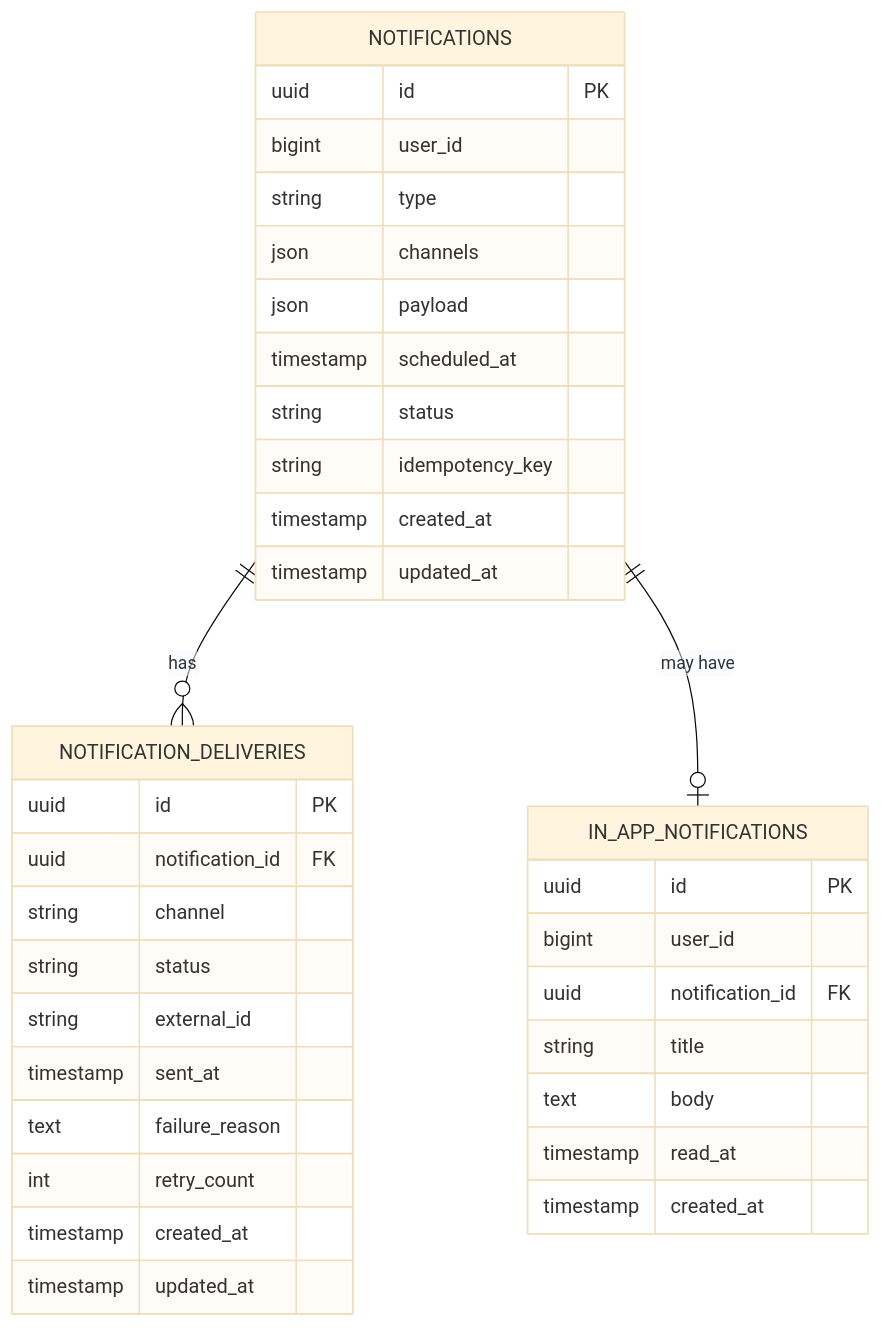
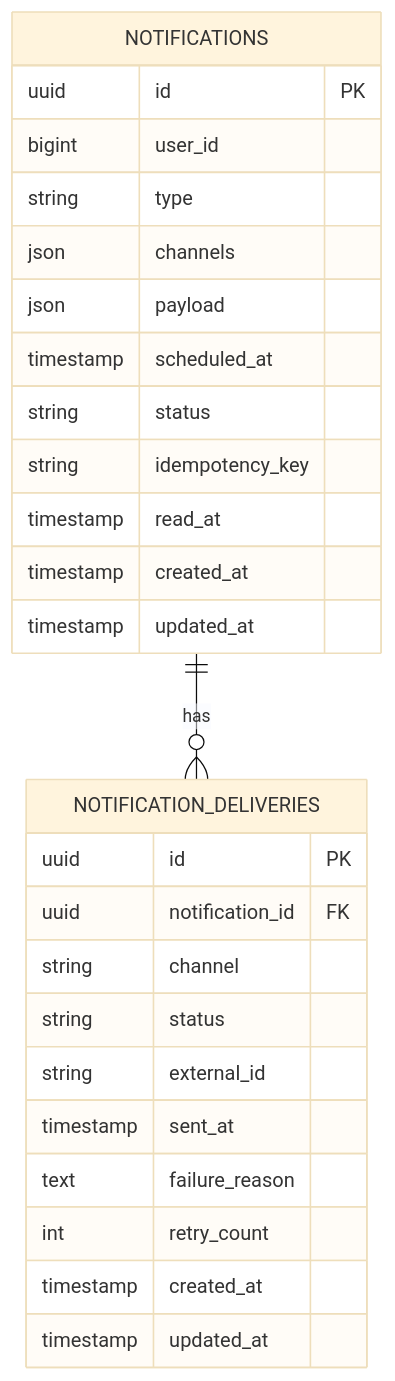
One commit to ZachroyAnazfitry/task-manager changed the second of 2 diagrams in SYSTEM_DESIGN.md. Above: the diagram before and after it, drawn with Mermaid (base theme). The commit also changed other lines of this file, not shown here.

````diff
--- a/SYSTEM_DESIGN.md
+++ b/SYSTEM_DESIGN.md
@@ -93,41 +93,31 @@
 ```mermaid
 erDiagram
     NOTIFICATIONS ||--o{ NOTIFICATION_DELIVERIES : "has"
-    NOTIFICATIONS ||--o| IN_APP_NOTIFICATIONS : "may have"
 
     NOTIFICATIONS {
         uuid id PK
         bigint user_id
         string type
         json channels
         json payload
         timestamp scheduled_at
         string status
         string idempotency_key
+        timestamp read_at
         timestamp created_at
         timestamp updated_at
     }
 
     NOTIFICATION_DELIVERIES {
         uuid id PK
         uuid notification_id FK
         string channel
         string status
         string external_id
         timestamp sent_at
         text failure_reason
         int retry_count
         timestamp created_at
         timestamp updated_at
     }
-
-    IN_APP_NOTIFICATIONS {
-        uuid id PK
-        bigint user_id
-        uuid notification_id FK
-        string title
-        text body
-        timestamp read_at
-        timestamp created_at
-    }
 ```
````
